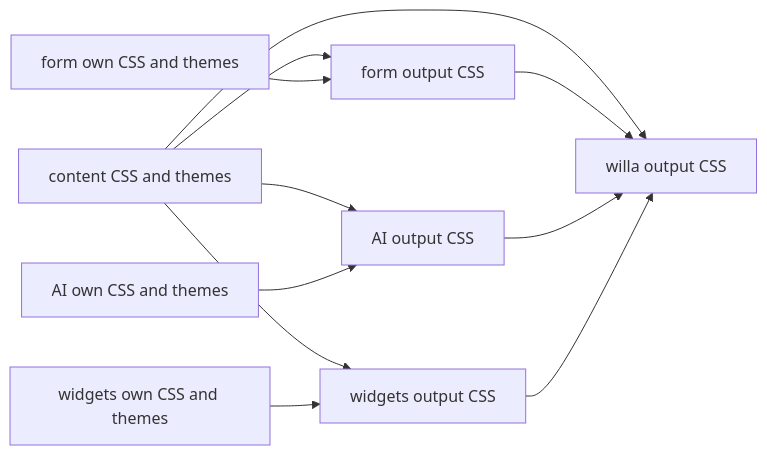
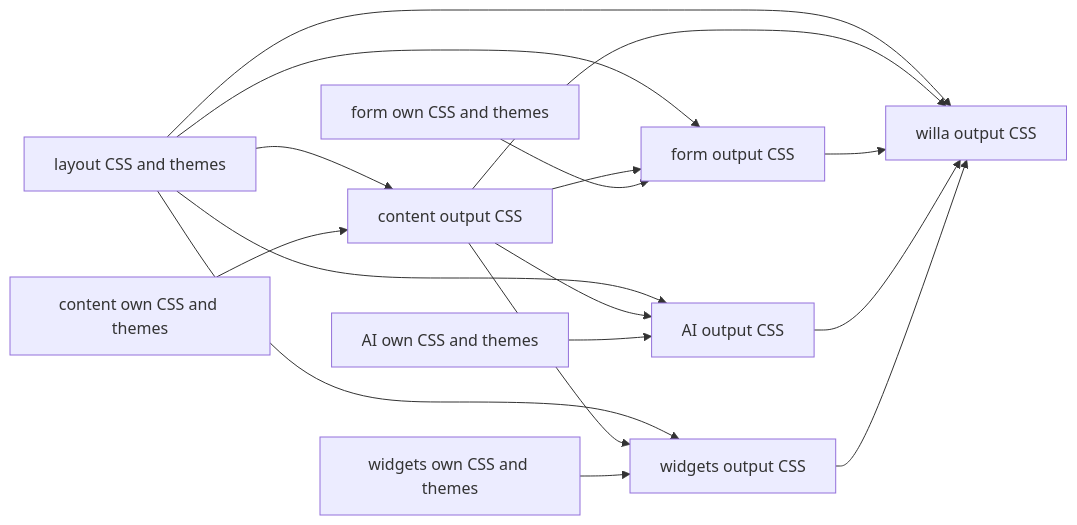
The third of 4 diagrams in docs/architecture.md (imtaotao/willa), drawn with Mermaid before and after one commit. The commit also changed other lines of this file and 86 other files, not shown here.

````diff
--- a/docs/architecture.md
+++ b/docs/architecture.md
@@ -227,22 +248,30 @@
 ```mermaid
 flowchart LR
-  contentCss["content CSS and themes"]
+  layoutCss["layout CSS and themes"]
+  contentOwn["content own CSS and themes"]
+  contentCss["content output CSS"]
   formOwn["form own CSS and themes"]
   formCss["form output CSS"]
   aiOwn["AI own CSS and themes"]
   aiCss["AI output CSS"]
   widgetsOwn["widgets own CSS and themes"]
   widgetsCss["widgets output CSS"]
   willaCss["willa output CSS"]
 
+  layoutCss --> contentCss
+  contentOwn --> contentCss
+  layoutCss --> formCss
   contentCss --> formCss
   formOwn --> formCss
+  layoutCss --> aiCss
   contentCss --> aiCss
   aiOwn --> aiCss
+  layoutCss --> widgetsCss
   contentCss --> widgetsCss
   widgetsOwn --> widgetsCss
+  layoutCss --> willaCss
   contentCss --> willaCss
   formCss --> willaCss
   aiCss --> willaCss
   widgetsCss --> willaCss
 ```
````
